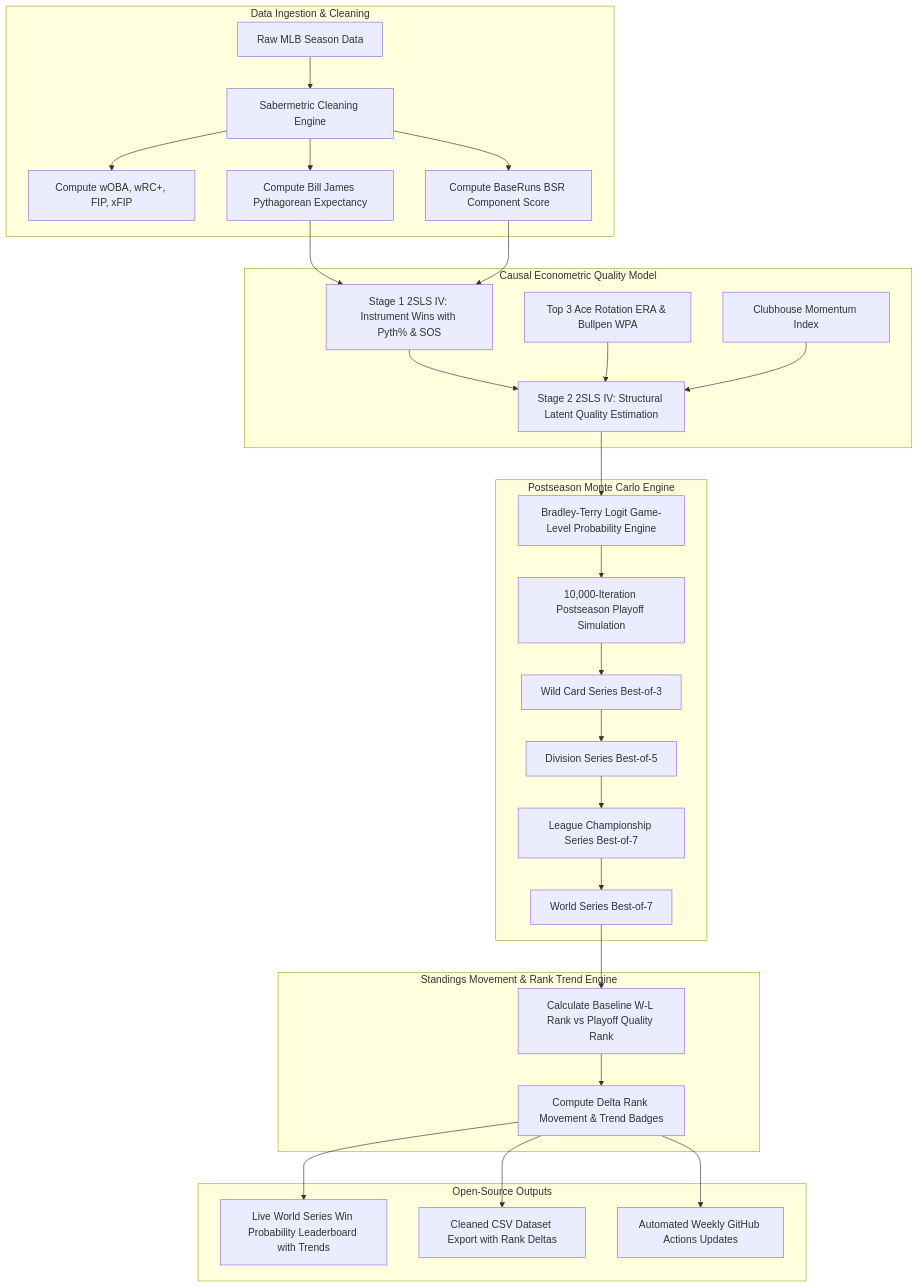
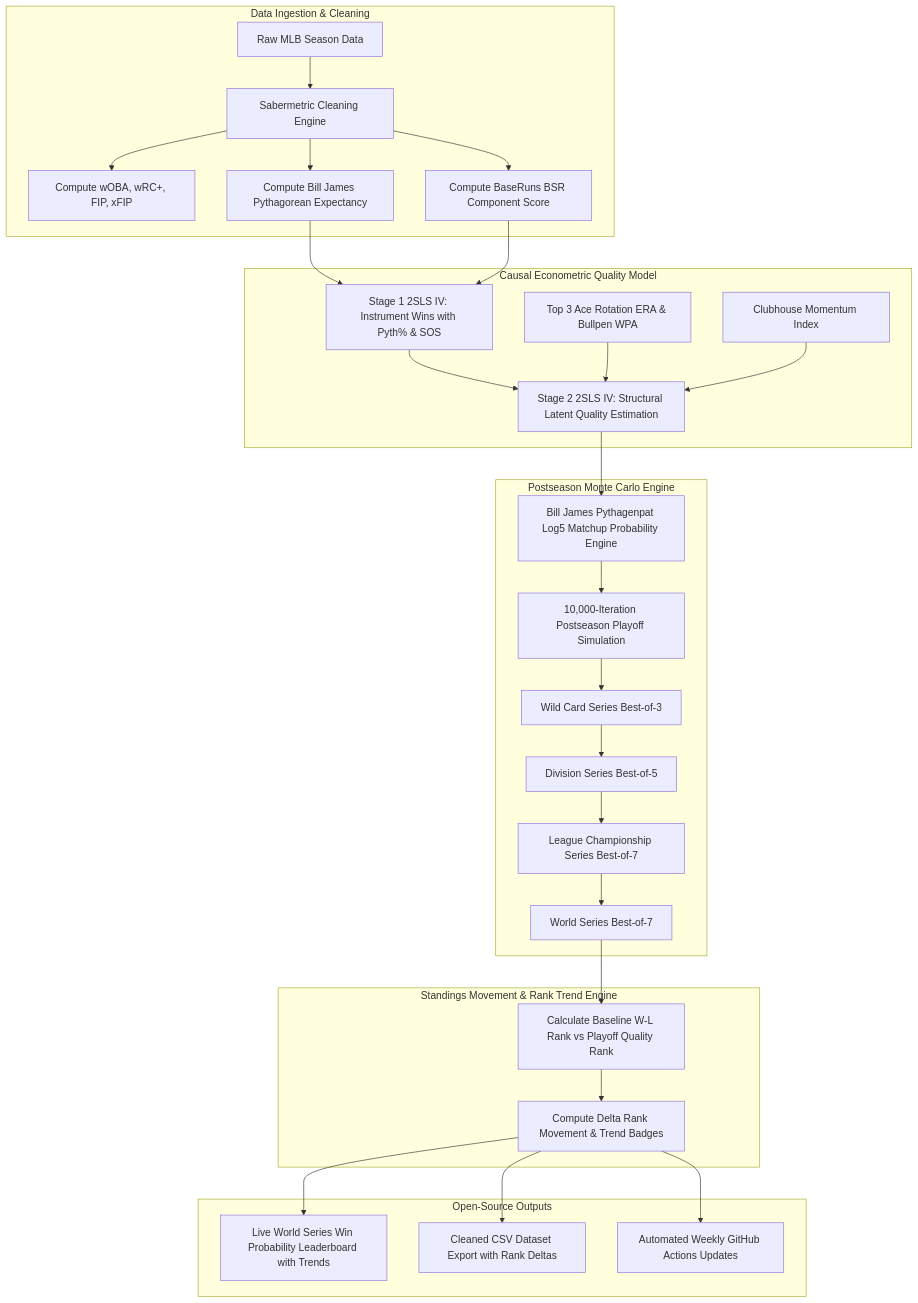
The first of 2 diagrams in README.md (brentmzey/mlb_sabermetric_worldseries_kmp), drawn with Mermaid before and after one commit. The commit also changed 1 other file, not shown here.

Commit message:
docs(econometrics): document endogeneity purging, 2SLS, luck factor drift around mean zero, skewness diagnostics, and matchup path favorability

````diff
--- a/README.md
+++ b/README.md
@@ -64,37 +64,37 @@
 ```mermaid
 flowchart TD
     subgraph Data Ingestion & Cleaning
         A[Raw MLB Season Data] --> B[Sabermetric Cleaning Engine]
         B --> C[Compute wOBA, wRC+, FIP, xFIP]
         B --> D[Compute Bill James Pythagorean Expectancy]
         B --> E[Compute BaseRuns BSR Component Score]
     end
 
     subgraph Causal Econometric Quality Model
         D --> F[Stage 1 2SLS IV: Instrument Wins with Pyth% & SOS]
         E --> F
         F --> G[Stage 2 2SLS IV: Structural Latent Quality Estimation]
         H[Top 3 Ace Rotation ERA & Bullpen WPA] --> G
         I[Clubhouse Momentum Index] --> G
     end
 
     subgraph Postseason Monte Carlo Engine
-        G --> J[Bradley-Terry Logit Game-Level Probability Engine]
+        G --> J[Bill James Pythagenpat Log5 Matchup Probability Engine]
         J --> K[10,000-Iteration Postseason Playoff Simulation]
         K --> L[Wild Card Series Best-of-3]
         L --> M[Division Series Best-of-5]
         M --> N[League Championship Series Best-of-7]
         N --> O[World Series Best-of-7]
     end
 
     subgraph Standings Movement & Rank Trend Engine
         O --> P[Calculate Baseline W-L Rank vs Playoff Quality Rank]
         P --> Q[Compute Delta Rank Movement & Trend Badges]
     end
 
     subgraph Open-Source Outputs
         Q --> R[Live World Series Win Probability Leaderboard with Trends]
         Q --> S[Cleaned CSV Dataset Export with Rank Deltas]
         Q --> T[Automated Weekly GitHub Actions Updates]
     end
 ```
````
